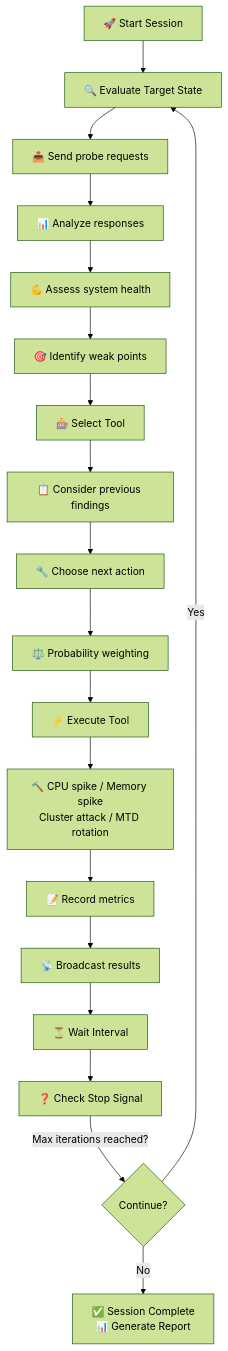
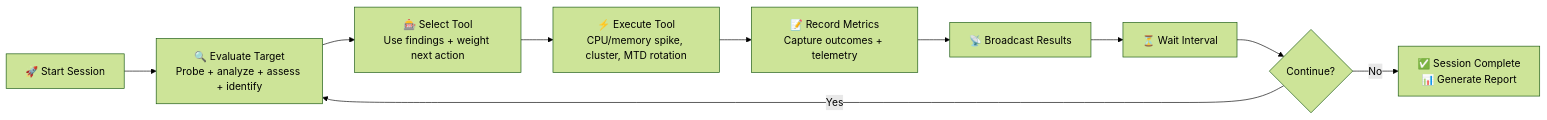
One commit to NickCrew/Apparatus changed the diagram in docs/assets/diagrams/diagram-4-autopilot-loop.mmd. Above: the diagram before and after it, drawn with Mermaid (forest theme). The commit also changed 36 other files, not shown here.

First line of the commit message:
docs(assets): add and update diagram assets for documentation

```diff
--- a/docs/assets/diagrams/diagram-4-autopilot-loop.mmd
+++ b/docs/assets/diagrams/diagram-4-autopilot-loop.mmd
@@ -1,24 +1,10 @@
-flowchart TD
-    Start["🚀 Start Session"] --> Evaluate["🔍 Evaluate Target State"]
-
-    Evaluate --> Probe["📤 Send probe requests"]
-    Probe --> Analyze["📊 Analyze responses"]
-    Analyze --> Assess["💪 Assess system health"]
-    Assess --> Identify["🎯 Identify weak points"]
-
-    Identify --> Select["🎰 Select Tool"]
-    Select --> Previous["📋 Consider previous findings"]
-    Previous --> Choose["🔧 Choose next action"]
-    Choose --> Weight["⚖️ Probability weighting"]
-
-    Weight --> Execute["⚡ Execute Tool"]
-    Execute --> Tools["🔨 CPU spike / Memory spike<br/>Cluster attack / MTD rotation"]
-    Tools --> Record["📝 Record metrics"]
-    Record --> Broadcast["📡 Broadcast results"]
-
+flowchart LR
+    Start["🚀 Start Session"] --> Evaluate["🔍 Evaluate Target<br/>Probe + analyze + assess + identify"]
+    Evaluate --> Select["🎰 Select Tool<br/>Use findings + weight next action"]
+    Select --> Execute["⚡ Execute Tool<br/>CPU/memory spike, cluster, MTD rotation"]
+    Execute --> Record["📝 Record Metrics<br/>Capture outcomes + telemetry"]
+    Record --> Broadcast["📡 Broadcast Results"]
     Broadcast --> Wait["⏳ Wait Interval"]
-    Wait --> Check["❓ Check Stop Signal"]
-
-    Check -->|Max iterations reached?| Decision{"Continue?"}
+    Wait --> Decision{"Continue?"}
     Decision -->|Yes| Evaluate
     Decision -->|No| Complete["✅ Session Complete<br/>📊 Generate Report"]
```
